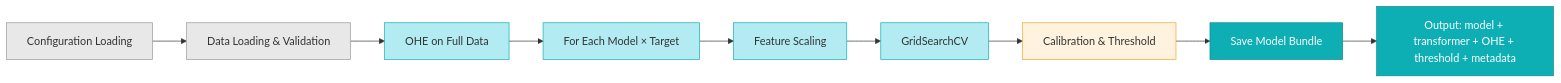
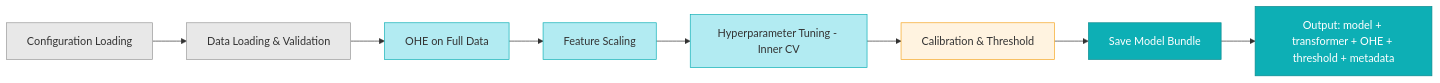
The second of 3 diagrams in README.md (EttoreRocchi/ResPredAI), drawn with Mermaid before and after one commit. The commit also changed other lines of this file, not shown here.

````diff
--- a/README.md
+++ b/README.md
@@ -218,21 +220,19 @@
 ```mermaid
 flowchart LR
     A[Configuration Loading] --> B[Data Loading & Validation]
     B --> C[OHE on Full Data]
-    C --> D[For Each Model × Target]
-    D --> E[Feature Scaling]
-    E --> F[GridSearchCV]
+    C --> E[Feature Scaling]
+    E --> F[Hyperparameter Tuning - Inner CV]
     F --> G[Calibration & Threshold]
     G --> H[Save Model Bundle]
     H --> I["Output: model + transformer + OHE + threshold + metadata"]
 
     style A fill:#e8e8e8,stroke:#999,color:#333
     style B fill:#e8e8e8,stroke:#999,color:#333
     style C fill:#b2ebf2,stroke:#0dafb5,color:#333
-    style D fill:#b2ebf2,stroke:#0dafb5,color:#333
     style E fill:#b2ebf2,stroke:#0dafb5,color:#333
     style F fill:#b2ebf2,stroke:#0dafb5,color:#333
     style G fill:#fff3e0,stroke:#f5a623,color:#333
     style H fill:#0dafb5,stroke:#098a8f,color:#fff
     style I fill:#0dafb5,stroke:#098a8f,color:#fff
 ```
````
